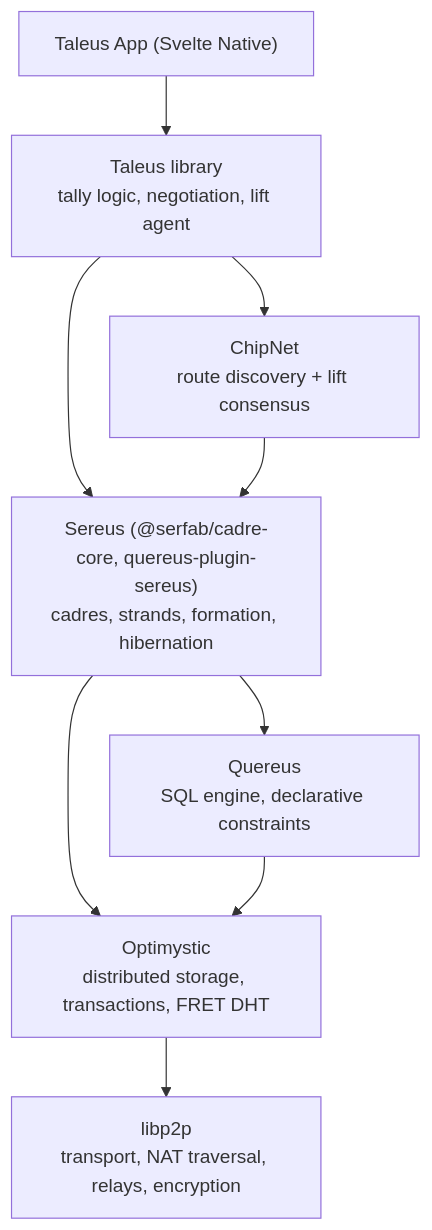
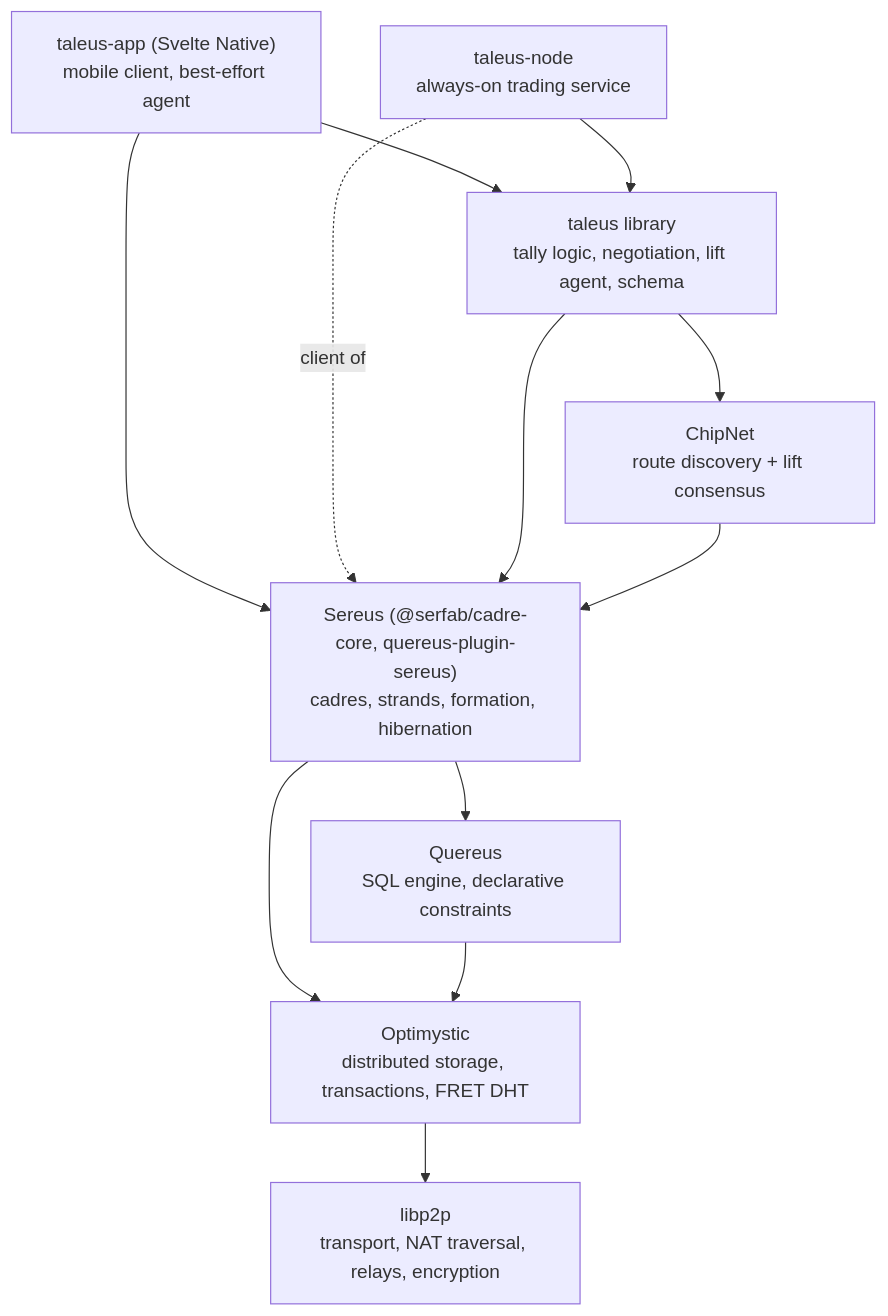
One commit to gotchoices/taleus changed the diagram in docs/architecture.md. Above: the diagram before and after it, drawn with Mermaid. The commit also changed other lines of this file and 61 other files, not shown here.

````diff
--- a/docs/architecture.md
+++ b/docs/architecture.md
@@ -28,11 +28,14 @@
 ```mermaid
 graph TD
-    App["Taleus App (Svelte Native)"] --> Lib["Taleus library<br/>tally logic, negotiation, lift agent"]
+    App["taleus-app (Svelte Native)<br/>mobile client, best-effort agent"] --> Lib["taleus library<br/>tally logic, negotiation, lift agent, schema"]
+    Node["taleus-node<br/>always-on trading service"] --> Lib
+    App --> Sereus
+    Node -. client of .-> Sereus
     Lib --> CN["ChipNet<br/>route discovery + lift consensus"]
     Lib --> Sereus["Sereus (@serfab/cadre-core, quereus-plugin-sereus)<br/>cadres, strands, formation, hibernation"]
     CN --> Sereus
     Sereus --> Q["Quereus<br/>SQL engine, declarative constraints"]
     Sereus --> O["Optimystic<br/>distributed storage, transactions, FRET DHT"]
     Q --> O
     O --> L["libp2p<br/>transport, NAT traversal, relays, encryption"]
 ```
````
